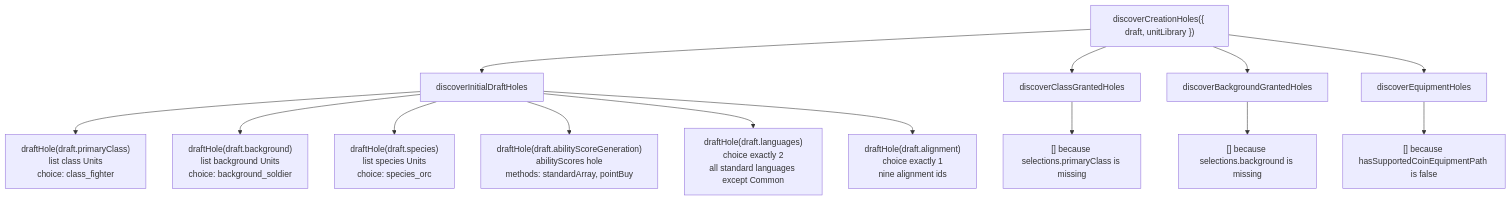
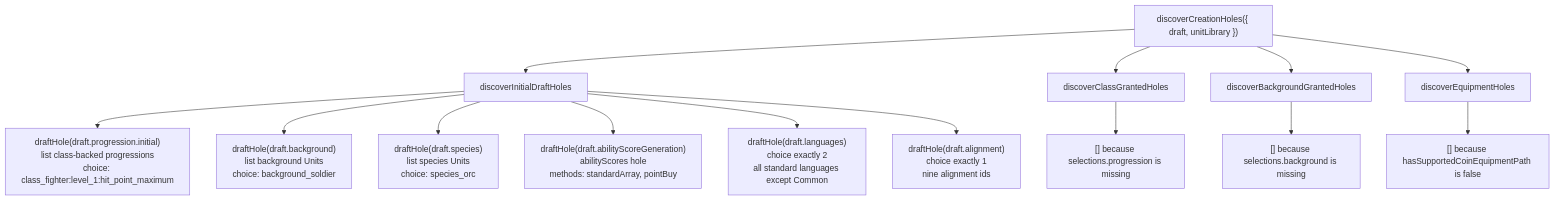
One commit to dearlordylord/5e-quint changed the third of 10 diagrams in packages/character-creation-runtime/EXPLANATORY_TIME_DIAGRAM.md. Above: the diagram before and after it, drawn with Mermaid. The commit also changed other lines of this file and 21 other files, not shown here.

````diff
--- a/packages/character-creation-runtime/EXPLANATORY_TIME_DIAGRAM.md
+++ b/packages/character-creation-runtime/EXPLANATORY_TIME_DIAGRAM.md
@@ -224,24 +224,24 @@
 ```mermaid
 flowchart TD
   Discover["discoverCreationHoles({ draft, unitLibrary })"]
   Initial["discoverInitialDraftHoles"]
   Class["discoverClassGrantedHoles"]
   Background["discoverBackgroundGrantedHoles"]
   Equipment["discoverEquipmentHoles"]
 
   Discover --> Initial
   Discover --> Class
   Discover --> Background
   Discover --> Equipment
 
-  Initial --> PClass["draftHole(draft.primaryClass)<br/>list class Units<br/>choice: class_fighter"]
+  Initial --> Progression["draftHole(draft.progression.initial)<br/>list class-backed progressions<br/>choice: class_fighter:level_1:hit_point_maximum"]
   Initial --> Bg["draftHole(draft.background)<br/>list background Units<br/>choice: background_soldier"]
   Initial --> Species["draftHole(draft.species)<br/>list species Units<br/>choice: species_orc"]
   Initial --> Scores["draftHole(draft.abilityScoreGeneration)<br/>abilityScores hole<br/>methods: standardArray, pointBuy"]
   Initial --> Lang["draftHole(draft.languages)<br/>choice exactly 2<br/>all standard languages except Common"]
   Initial --> Align["draftHole(draft.alignment)<br/>choice exactly 1<br/>nine alignment ids"]
 
-  Class --> NoClass["[] because selections.primaryClass is missing"]
+  Class --> NoClass["[] because selections.progression is missing"]
   Background --> NoBg["[] because selections.background is missing"]
   Equipment --> NoEquip["[] because hasSupportedCoinEquipmentPath is false"]
 ```
````
